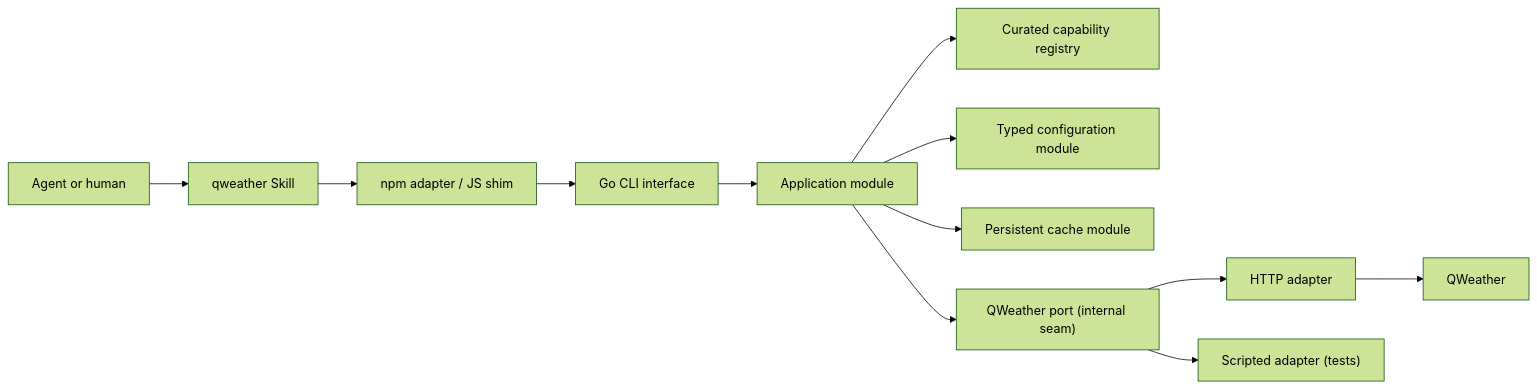
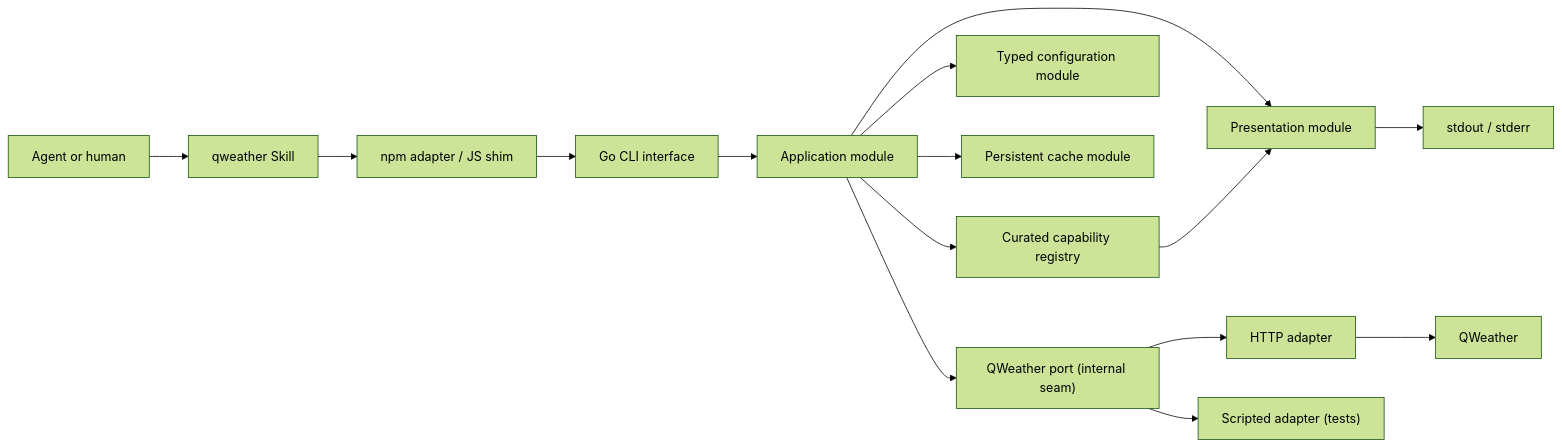
The first of 2 diagrams in docs/design/architecture.md (Nativu5/qweather-cli), drawn with Mermaid (forest theme) before and after one commit. The commit also changed other lines of this file and 99 other files, not shown here.

````diff
--- a/docs/design/architecture.md
+++ b/docs/design/architecture.md
@@ -36,14 +36,17 @@
 ```mermaid
 flowchart LR
     Caller["Agent or human"] --> Skill["qweather Skill"]
     Skill --> Shim["npm adapter / JS shim"]
     Shim --> CLI["Go CLI interface"]
     CLI --> App["Application module"]
+    App --> Present["Presentation module"]
+    Present --> Streams["stdout / stderr"]
     App --> Catalog["Curated capability registry"]
+    Catalog --> Present
     App --> Config["Typed configuration module"]
     App --> Cache["Persistent cache module"]
     App --> Port["QWeather port (internal seam)"]
     Port --> HTTP["HTTP adapter"]
     Port --> Scripted["Scripted adapter (tests)"]
     HTTP --> Provider["QWeather"]
 ```
````
